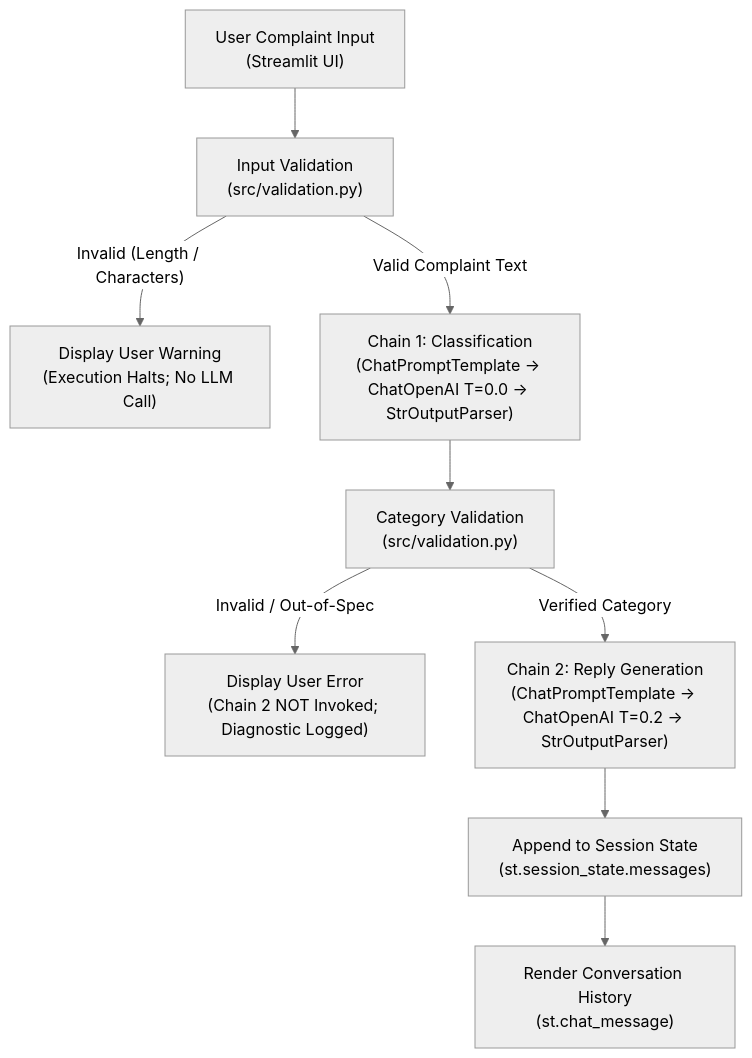
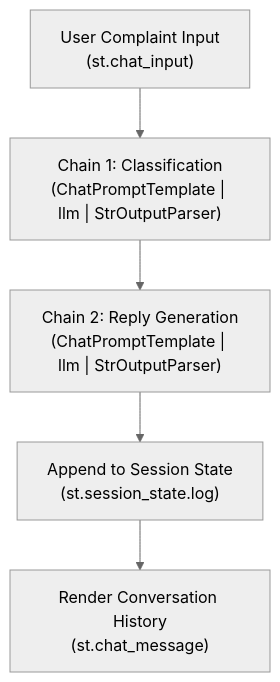
Before and after one commit to Udbhav748/complaint-desk: the diagram in README.md, drawn with Mermaid (neutral theme). The commit also changed other lines of this file and 26 other files, not shown here.

````diff
--- a/README.md
+++ b/README.md
@@ -82,15 +99,7 @@
 ```mermaid
 flowchart TD
-    A["User Complaint Input<br/>(Streamlit UI)"] --> B["Input Validation<br/>(src/validation.py)"]
-
-    B -- "Invalid (Length / Characters)" --> B1["Display User Warning<br/>(Execution Halts; No LLM Call)"]
-    B -- "Valid Complaint Text" --> C["Chain 1: Classification<br/>(ChatPromptTemplate → ChatOpenAI T=0.0 → StrOutputParser)"]
-
-    C --> D["Category Validation<br/>(src/validation.py)"]
-
-    D -- "Invalid / Out-of-Spec" --> D1["Display User Error<br/>(Chain 2 NOT Invoked; Diagnostic Logged)"]
-    D -- "Verified Category" --> E["Chain 2: Reply Generation<br/>(ChatPromptTemplate → ChatOpenAI T=0.2 → StrOutputParser)"]
-
-    E --> F["Append to Session State<br/>(st.session_state.messages)"]
-    F --> G["Render Conversation History<br/>(st.chat_message)"]
+    A["User Complaint Input<br/>(st.chat_input)"] --> B["Chain 1: Classification<br/>(ChatPromptTemplate | llm | StrOutputParser)"]
+    B --> C["Chain 2: Reply Generation<br/>(ChatPromptTemplate | llm | StrOutputParser)"]
+    C --> D["Append to Session State<br/>(st.session_state.log)"]
+    D --> E["Render Conversation History<br/>(st.chat_message)"]
 ```
````
